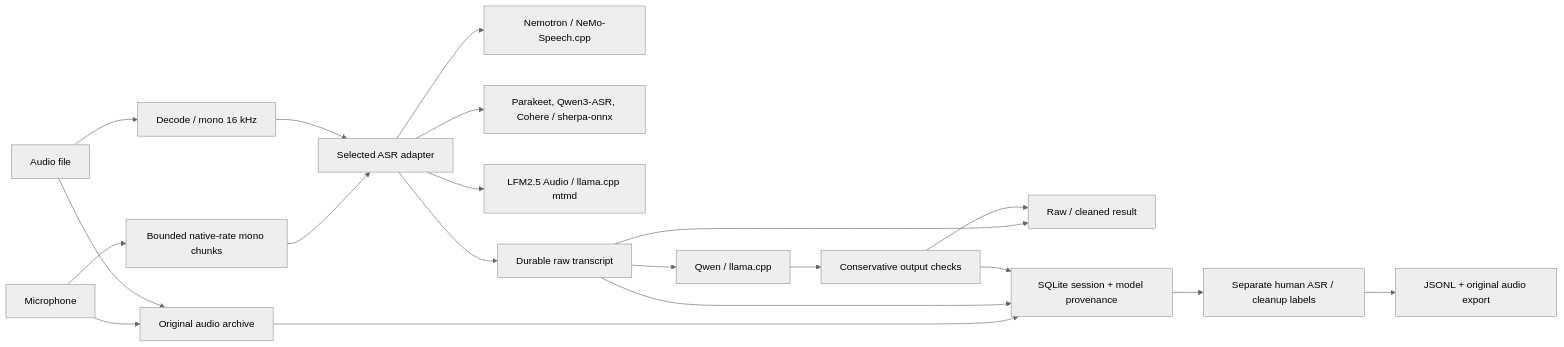
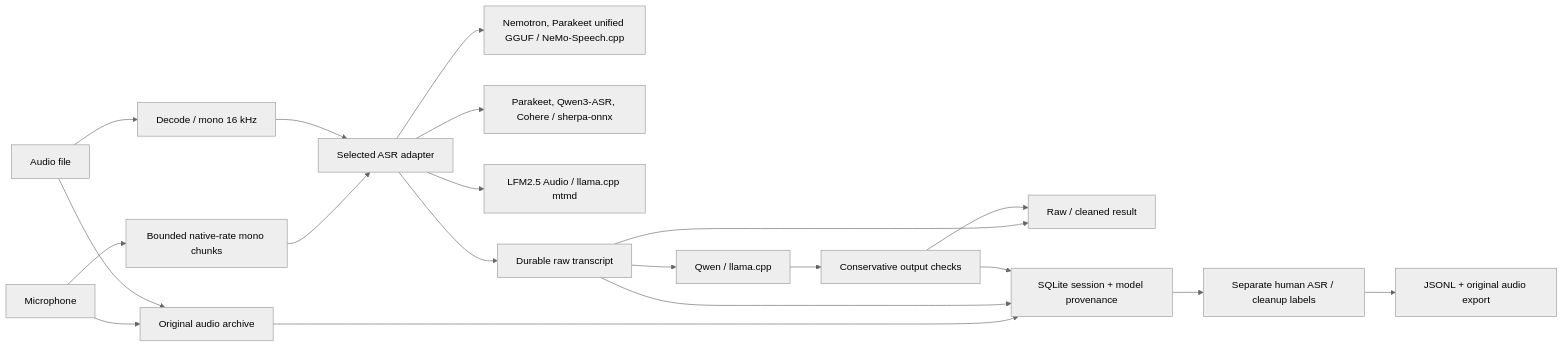
Before and after one commit to rahulsharmavishwakarma/vesper: the first of 3 diagrams in docs/architecture.md, drawn with Mermaid (neutral theme). The commit also changed other lines of this file and 3 other files, not shown here.

First line of the commit message:
Record ADR-0024 and update architecture diagrams for the unified GGUF engine (Refs #293)

````diff
--- a/docs/architecture.md
+++ b/docs/architecture.md
@@ -7,22 +7,22 @@
 ```mermaid
 flowchart LR
     A[Microphone] --> B[Original audio archive]
     A --> C[Bounded native-rate mono chunks]
     A2[Audio file] --> B
     A2 --> C2[Decode / mono 16 kHz]
     C --> D[Selected ASR adapter]
     C2 --> D
-    D --> D1[Nemotron / NeMo-Speech.cpp]
+    D --> D1[Nemotron, Parakeet unified GGUF / NeMo-Speech.cpp]
     D --> D3[Parakeet, Qwen3-ASR, Cohere / sherpa-onnx]
     D --> D4[LFM2.5 Audio / llama.cpp mtmd]
     D --> E[Durable raw transcript]
     E --> F[Qwen / llama.cpp]
     F --> G[Conservative output checks]
     E --> H[Raw / cleaned result]
     G --> H
     B --> I[SQLite session + model provenance]
     E --> I
     G --> I
     I --> J[Separate human ASR / cleanup labels]
     J --> K[JSONL + original audio export]
 ```
````
